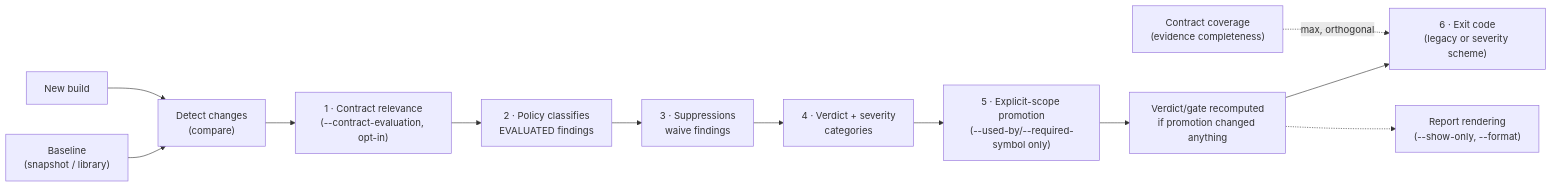
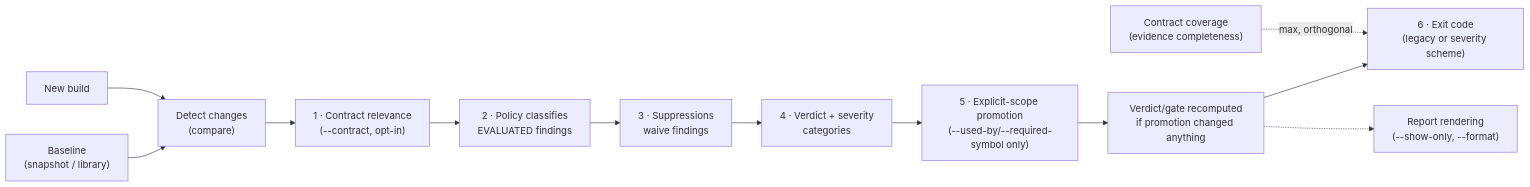
One commit to abicheck/abicheck changed the diagram in docs/use/ci-gating.md. Above: the diagram before and after it, drawn with Mermaid. The commit also changed other lines of this file and 451 other files, not shown here.

````diff
--- a/docs/use/ci-gating.md
+++ b/docs/use/ci-gating.md
@@ -26,14 +26,14 @@
 ```mermaid
 flowchart LR
     B["Baseline<br/>(snapshot / library)"] --> D["Detect changes<br/>(compare)"]
     N["New build"] --> D
-    D --> CR["1 · Contract relevance<br/>(--contract-evaluation, opt-in)"]
+    D --> CR["1 · Contract relevance<br/>(--contract, opt-in)"]
     CR --> P["2 · Policy classifies<br/>EVALUATED findings"]
     P --> S["3 · Suppressions<br/>waive findings"]
     S --> V["4 · Verdict + severity<br/>categories"]
     V --> PR["5 · Explicit-scope promotion<br/>(--used-by/--required-symbol only)"]
     PR --> V2["Verdict/gate recomputed<br/>if promotion changed anything"]
     V2 --> E["6 · Exit code<br/>(legacy or severity scheme)"]
     CC["Contract coverage<br/>(evidence completeness)"] -.->|max, orthogonal| E
     V2 -.-> R["Report rendering<br/>(--show-only, --format)"]
 ```
````
